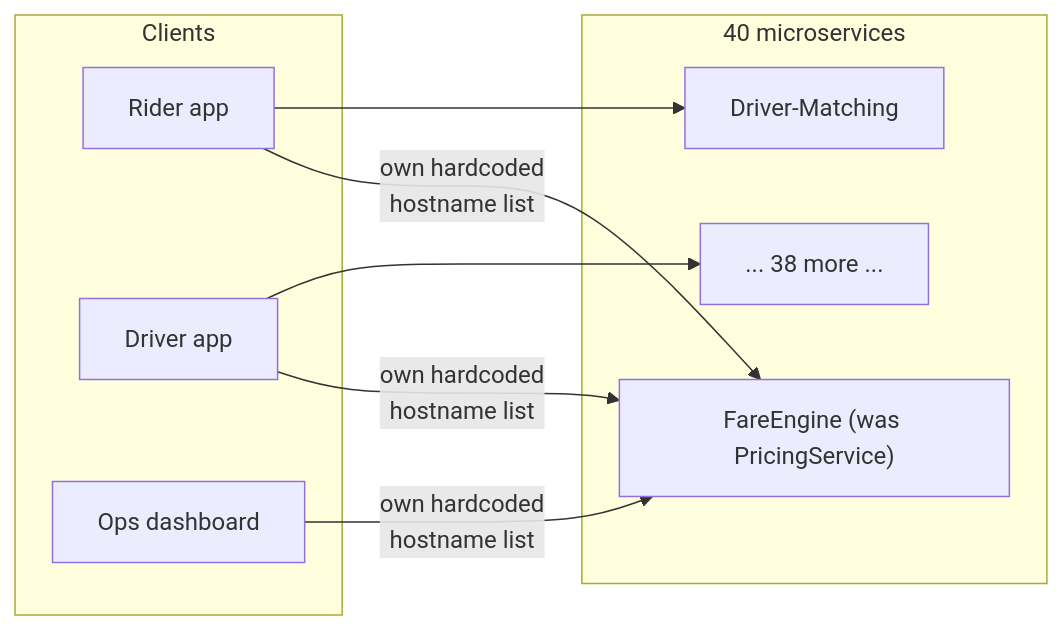
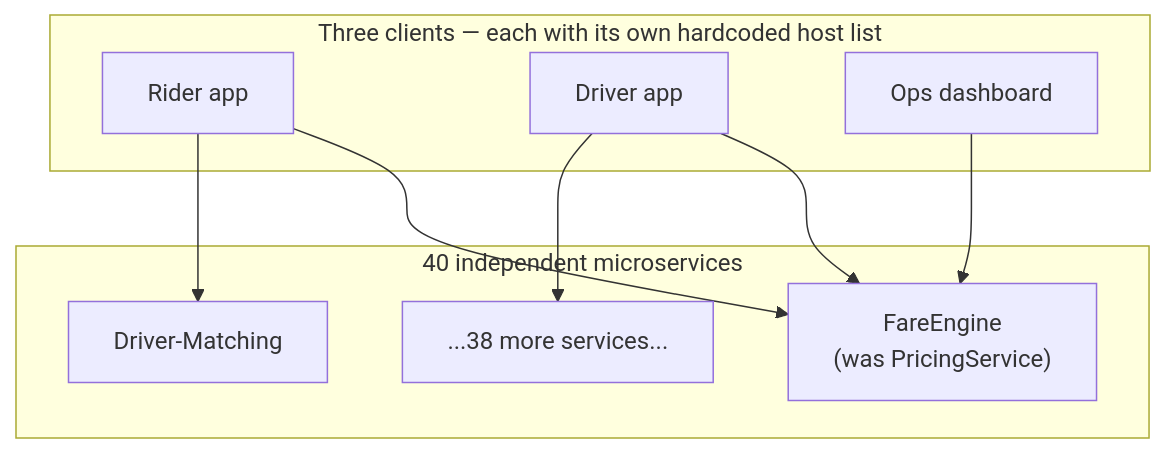
Before and after one commit to riyaz-pasha/Learnings: the first of 13 diagrams in system-design/HLD/0-course/64-Design-an-API-Gateway-FAANG-Guide-story.md, drawn with Mermaid. The commit also changed other lines of this file and 1 other file, not shown here.

Commit message:
[REWRITE] API Gateway story guide: simplify prose, add structure, fix diagrams

````diff
--- a/system-design/HLD/0-course/64-Design-an-API-Gateway-FAANG-Guide-story.md
+++ b/system-design/HLD/0-course/64-Design-an-API-Gateway-FAANG-Guide-story.md
@@ -48,18 +72,18 @@
 ```mermaid
-flowchart LR
-    subgraph Clients
+flowchart TB
+    subgraph Clients["Three clients — each with its own hardcoded host list"]
         Rider["Rider app"]
         Driver["Driver app"]
         Ops["Ops dashboard"]
     end
-    subgraph Services["40 microservices"]
-        Pricing["FareEngine (was PricingService)"]
+    subgraph Services["40 independent microservices"]
+        Pricing["FareEngine<br/>(was PricingService)"]
         Match["Driver-Matching"]
-        Etc["... 38 more ..."]
+        Etc["...38 more services..."]
     end
-    Rider -->|"own hardcoded\nhostname list"| Pricing
-    Driver -->|"own hardcoded\nhostname list"| Pricing
-    Ops -->|"own hardcoded\nhostname list"| Pricing
+    Rider --> Pricing
     Rider --> Match
+    Driver --> Pricing
     Driver --> Etc
+    Ops --> Pricing
 ```
````
